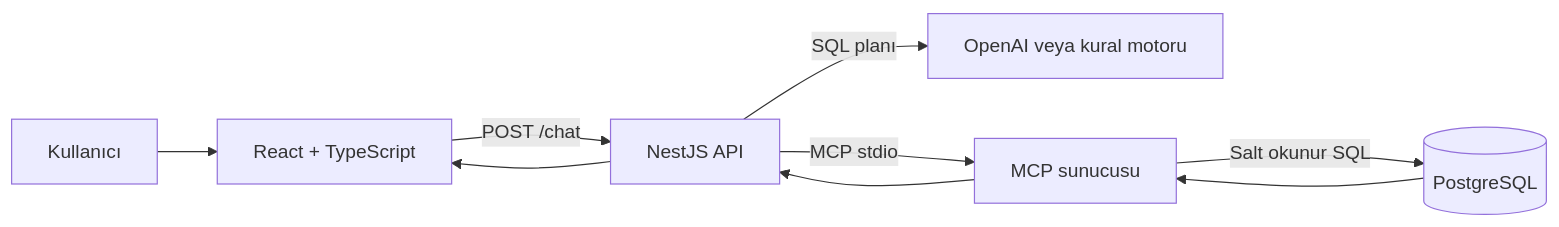
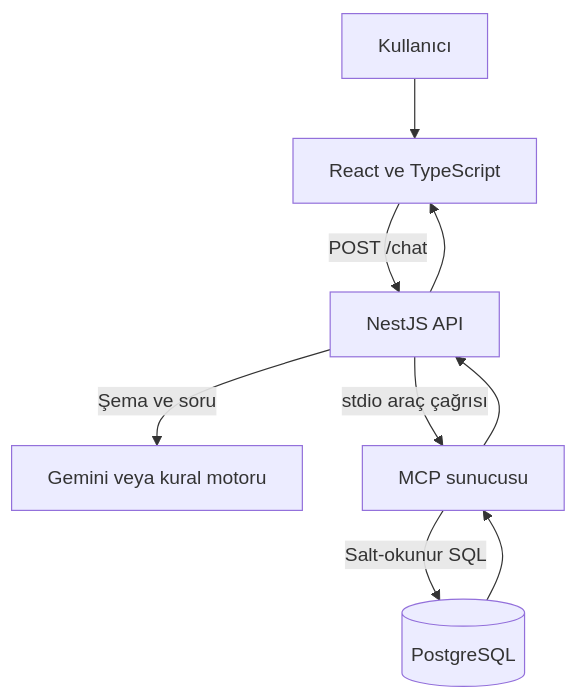
One commit to CeydaYurdasucu/mcp-veri-asistani changed the first of 3 diagrams in docs/MIMARI.md. Above: the diagram before and after it, drawn with Mermaid. The commit also changed other lines of this file and 29 other files, not shown here.

````diff
--- a/docs/MIMARI.md
+++ b/docs/MIMARI.md
@@ -3,9 +5,11 @@
 ```mermaid
-flowchart LR
-    U[Kullanıcı] --> F[React + TypeScript]
+flowchart TD
+    U[Kullanıcı] --> F[React ve TypeScript]
     F -->|POST /chat| B[NestJS API]
-    B -->|SQL planı| A[OpenAI veya kural motoru]
-    B -->|MCP stdio| M[MCP sunucusu]
-    M -->|Salt okunur SQL| P[(PostgreSQL)]
-    P --> M --> B --> F
+    B -->|Şema ve soru| G[Gemini veya kural motoru]
+    B -->|stdio araç çağrısı| M[MCP sunucusu]
+    M -->|Salt-okunur SQL| P[(PostgreSQL)]
+    P --> M
+    M --> B
+    B --> F
 ```
````
